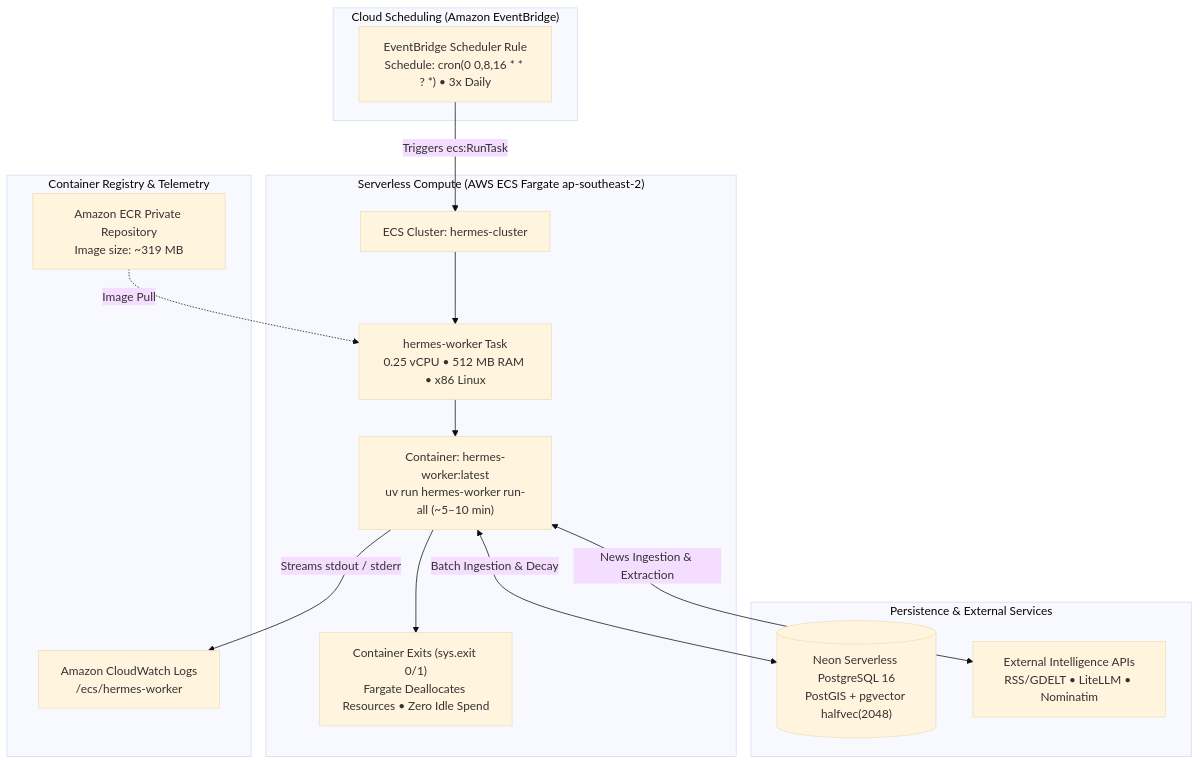
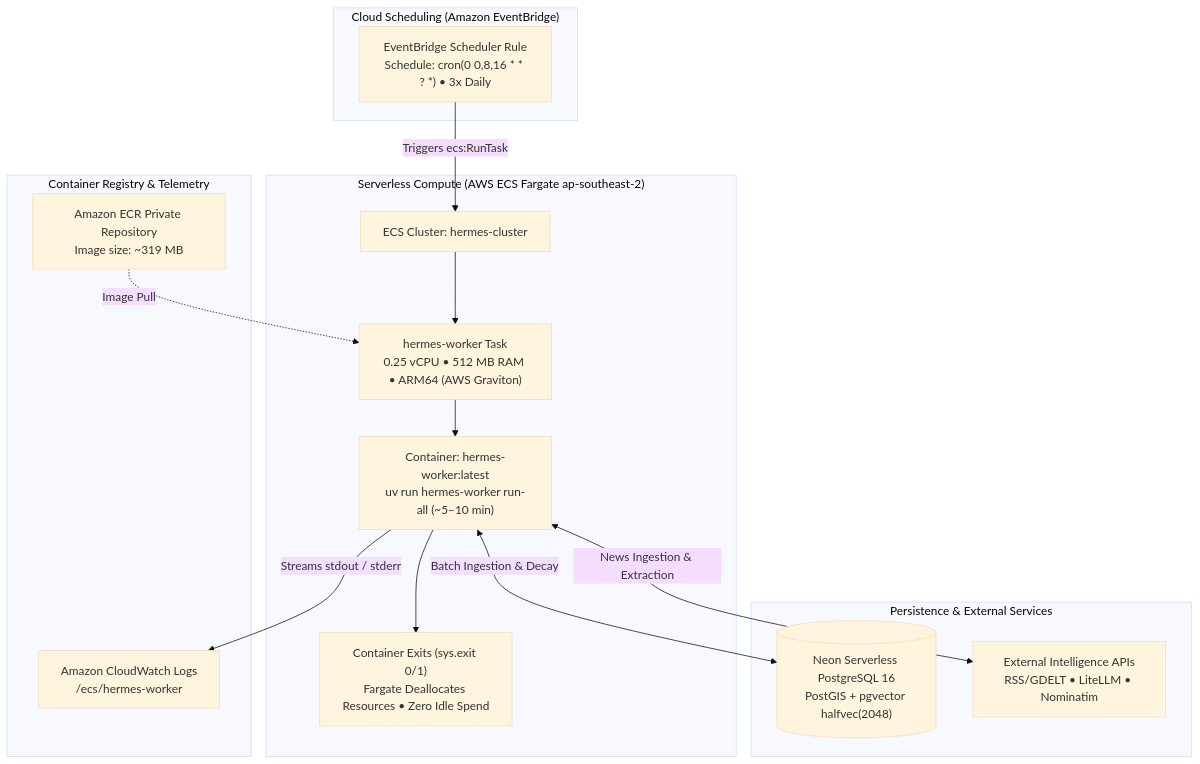
One commit to paavann/hermes changed the first of 3 diagrams in apps/hermes-worker/docs/architecture.md. Above: the diagram before and after it, drawn with Mermaid (base theme). The commit also changed other lines of this file, not shown here.

Commit message:
updated architecture.md of hermes-worker, addressing the x86_64 to arm64 change.

````diff
--- a/apps/hermes-worker/docs/architecture.md
+++ b/apps/hermes-worker/docs/architecture.md
@@ -13,32 +13,32 @@
 ```mermaid
 flowchart TD
     subgraph TriggerLayer ["Cloud Scheduling (Amazon EventBridge)"]
         EventBridge["EventBridge Scheduler Rule\nSchedule: cron(0 0,8,16 * * ? *) • 3x Daily"]
     end
 
     subgraph ComputeLayer ["Serverless Compute (AWS ECS Fargate ap-southeast-2)"]
         ECS["ECS Cluster: hermes-cluster"]
-        Task["hermes-worker Task\n0.25 vCPU • 512 MB RAM • x86 Linux"]
+        Task["hermes-worker Task\n0.25 vCPU • 512 MB RAM • ARM64 (AWS Graviton)"]
         Container["Container: hermes-worker:latest\nuv run hermes-worker run-all (~5–10 min)"]
         Teardown["Container Exits (sys.exit 0/1)\nFargate Deallocates Resources • Zero Idle Spend"]
     end
 
     subgraph RegistryLayer ["Container Registry & Telemetry"]
         ECR["Amazon ECR Private Repository\nImage size: ~319 MB"]
         CloudWatch["Amazon CloudWatch Logs\n/ecs/hermes-worker"]
     end
 
     subgraph DataLayer ["Persistence & External Services"]
         NeonDB[("Neon Serverless PostgreSQL 16\nPostGIS + pgvector halfvec(2048)")]
         ExternalAPIs["External Intelligence APIs\nRSS/GDELT • LiteLLM • Nominatim"]
     end
 
     EventBridge -->|"Triggers ecs:RunTask"| ECS
     ECS --> Task
     ECR -.->|"Image Pull"| Task
     Task --> Container
     Container <-->|"Batch Ingestion & Decay"| NeonDB
     Container <-->|"News Ingestion & Extraction"| ExternalAPIs
     Container -->|"Streams stdout / stderr"| CloudWatch
     Container --> Teardown
 ```
````
